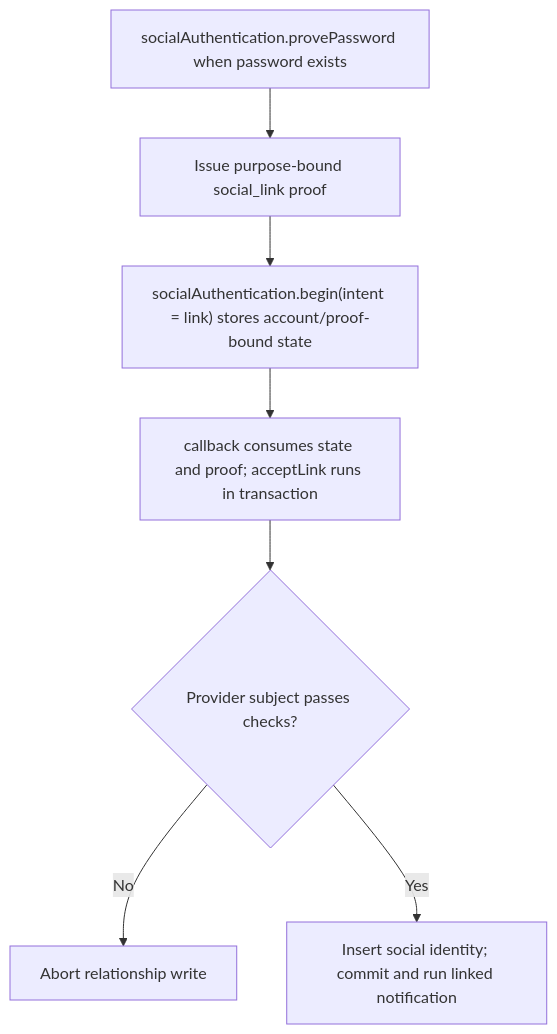
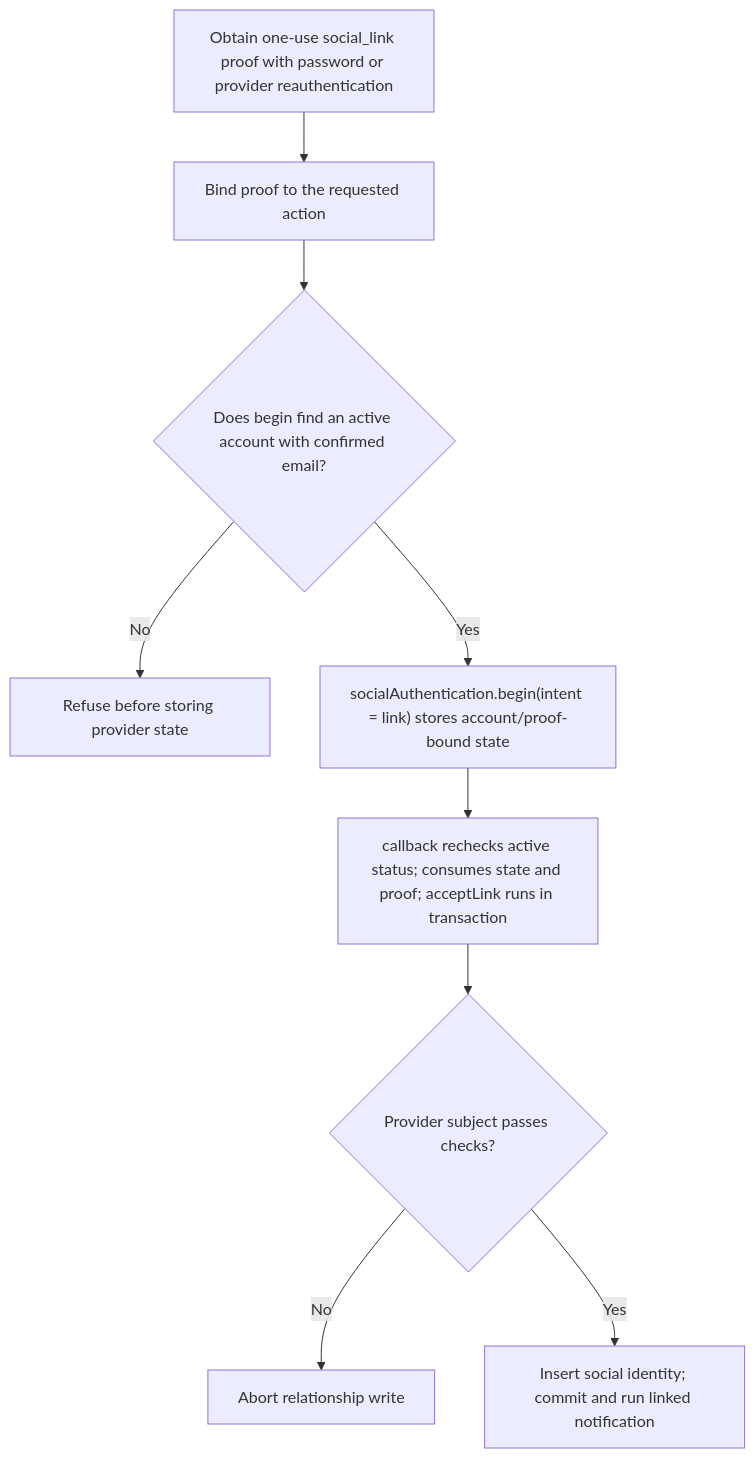
One commit to Kevinjohn/oss-adonisjs-account-kit changed the second of 2 diagrams in user-stories/US-ACCOUNT-21-link-social-identity.md. Above: the diagram before and after it, drawn with Mermaid. The commit also changed other lines of this file and 17 other files, not shown here.

````diff
--- a/user-stories/US-ACCOUNT-21-link-social-identity.md
+++ b/user-stories/US-ACCOUNT-21-link-social-identity.md
@@ -32,9 +32,11 @@
 ```mermaid
 flowchart TD
- A["socialAuthentication.provePassword when password exists"] --> B["Issue purpose-bound social_link proof"]
- B --> C["socialAuthentication.begin(intent = link) stores account/proof-bound state"]
- C --> D["callback consumes state and proof; acceptLink runs in transaction"]
- D --> E{"Provider subject passes checks?"}
- E -->|No| F["Abort relationship write"]
- E -->|Yes| G["Insert social identity; commit and run linked notification"]
+ A["Obtain one-use social_link proof with password or provider reauthentication"] --> B["Bind proof to the requested action"]
+ B --> C{"Does begin find an active account with confirmed email?"}
+ C -->|No| D["Refuse before storing provider state"]
+ C -->|Yes| E["socialAuthentication.begin(intent = link) stores account/proof-bound state"]
+ E --> D2["callback rechecks active status; consumes state and proof; acceptLink runs in transaction"]
+ D2 --> F{"Provider subject passes checks?"}
+ F -->|No| G["Abort relationship write"]
+ F -->|Yes| H["Insert social identity; commit and run linked notification"]
 ```
````
